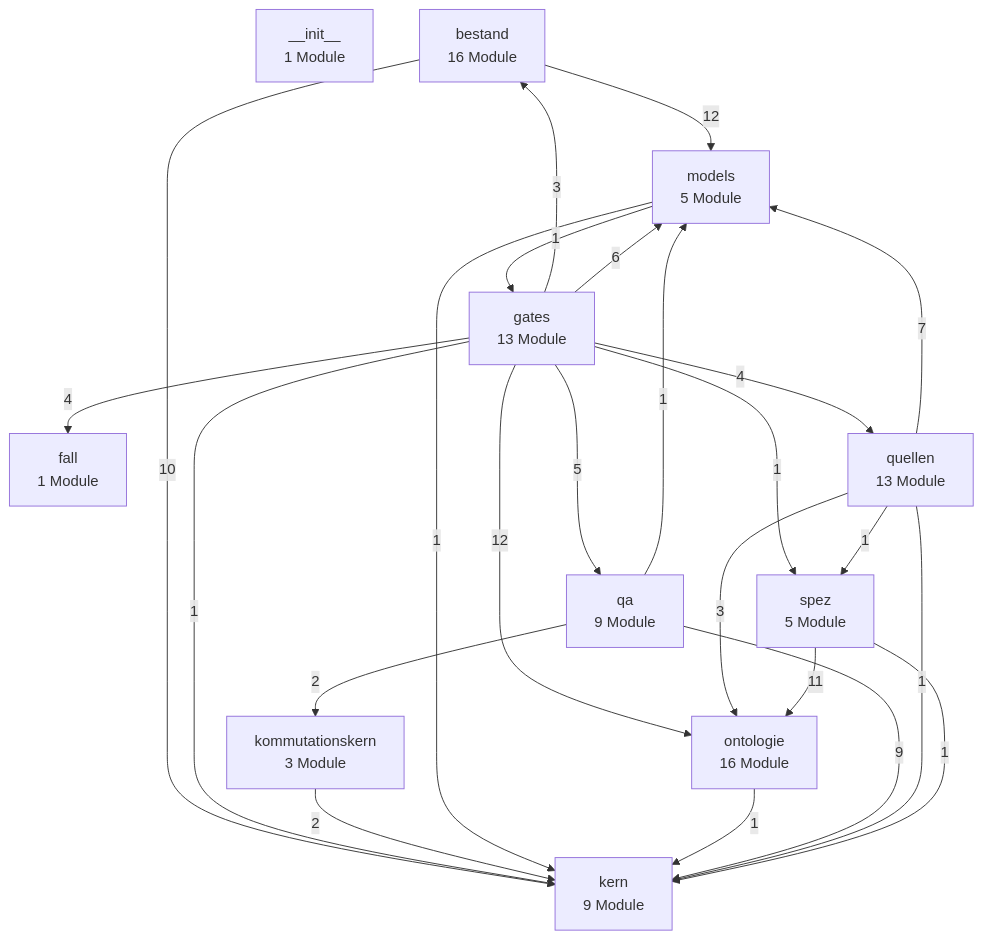
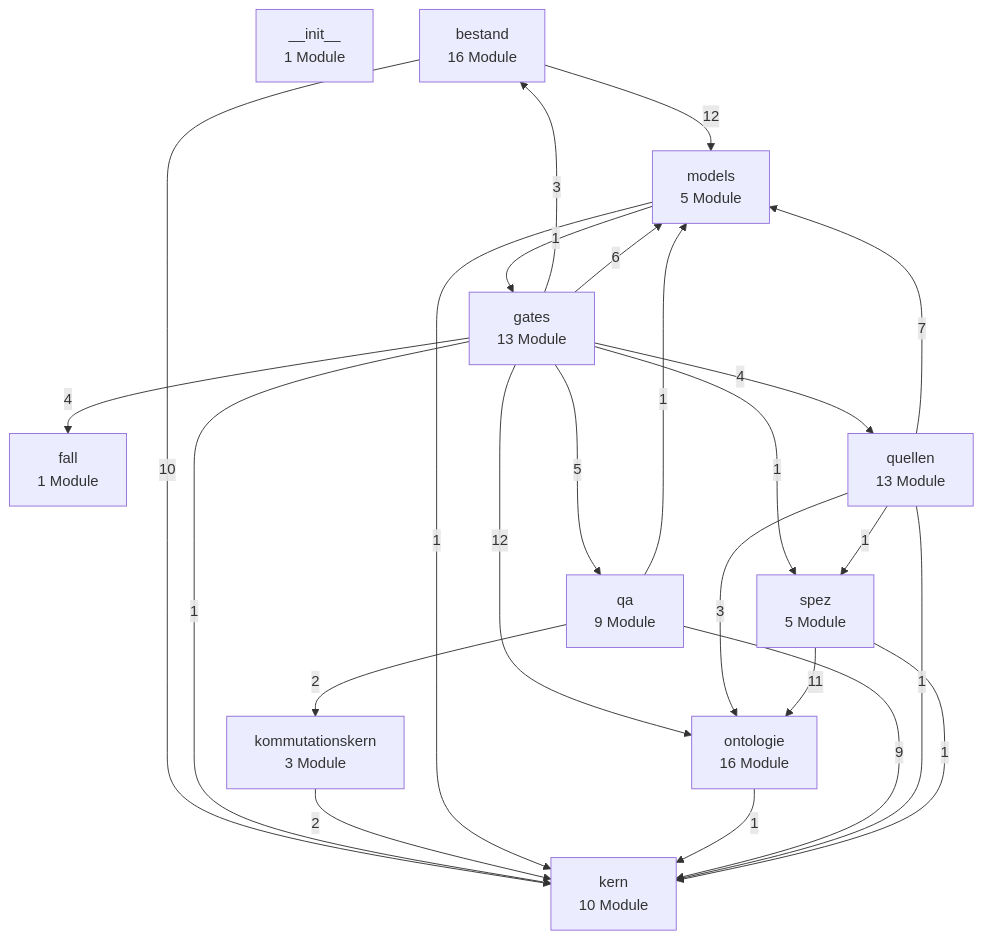
One commit to bartlmac/rechner-pipeline changed the first of 3 diagrams in docs/architektur/landkarte.md. Above: the diagram before and after it, drawn with Mermaid. The commit also changed other lines of this file and 2 other files, not shown here.

````diff
--- a/docs/architektur/landkarte.md
+++ b/docs/architektur/landkarte.md
@@ -27,38 +27,38 @@
 ```mermaid
 %% Schichten — erzeugt von ontologie.landkarte
 flowchart TD
     n__init__["__init__<br/>1 Module"]
     bestand["bestand<br/>16 Module"]
     fall["fall<br/>1 Module"]
     gates["gates<br/>13 Module"]
-    kern["kern<br/>9 Module"]
+    kern["kern<br/>10 Module"]
     kommutationskern["kommutationskern<br/>3 Module"]
     models["models<br/>5 Module"]
     ontologie["ontologie<br/>16 Module"]
     qa["qa<br/>9 Module"]
     quellen["quellen<br/>13 Module"]
     spez["spez<br/>5 Module"]
     bestand -- 10 --> kern
     bestand -- 12 --> models
     gates -- 3 --> bestand
     gates -- 4 --> fall
     gates -- 1 --> kern
     gates -- 6 --> models
     gates -- 12 --> ontologie
     gates -- 5 --> qa
     gates -- 4 --> quellen
     gates -- 1 --> spez
     kommutationskern -- 2 --> kern
     models -- 1 --> gates
     models -- 1 --> kern
     ontologie -- 1 --> kern
     qa -- 9 --> kern
     qa -- 2 --> kommutationskern
     qa -- 1 --> models
     quellen -- 1 --> kern
     quellen -- 7 --> models
     quellen -- 3 --> ontologie
     quellen -- 1 --> spez
     spez -- 1 --> kern
     spez -- 11 --> ontologie
 ```
````
